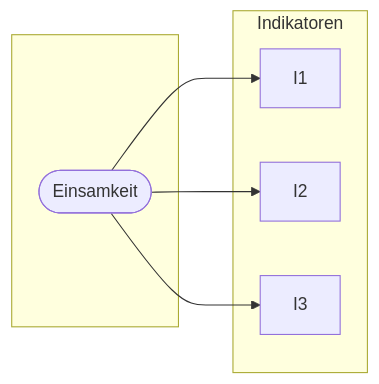
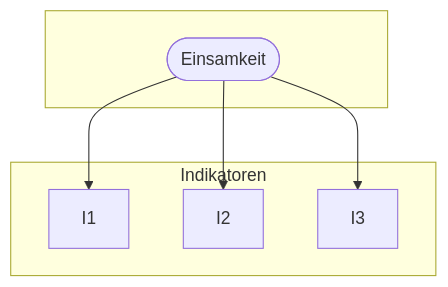
Before and after one commit to HauptSoc/grundlagen.emp.soz: the second of 5 diagrams in slides/03-Unterscheiden_Dimensionalität.qmd, drawn with Mermaid. The commit also changed other lines of this file and 38 other files, not shown here.

````diff
--- a/slides/03-Unterscheiden_Dimensionalität.qmd
+++ b/slides/03-Unterscheiden_Dimensionalität.qmd
@@ -122,15 +179,15 @@
 ```{mermaid}
 %%| fig-align: center
-flowchart LR
+flowchart TB
 
 subgraph K[" "]
 E([Einsamkeit])
 end 
 
 subgraph I["Indikatoren"]
 I1; I2; I3; 
 end 
 
 E --> I1 & I2 & I3
 
 ```
````
